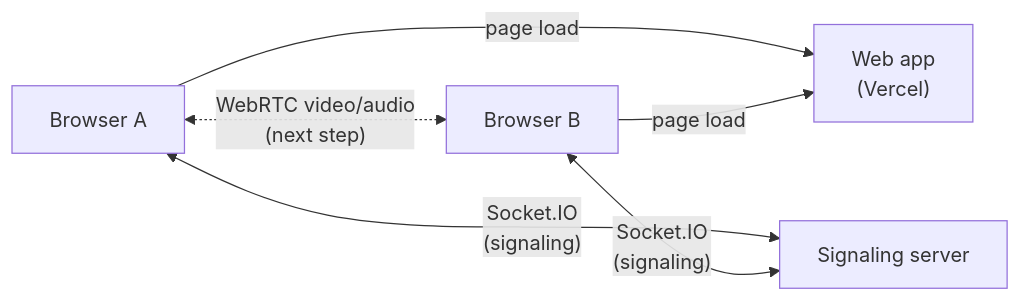
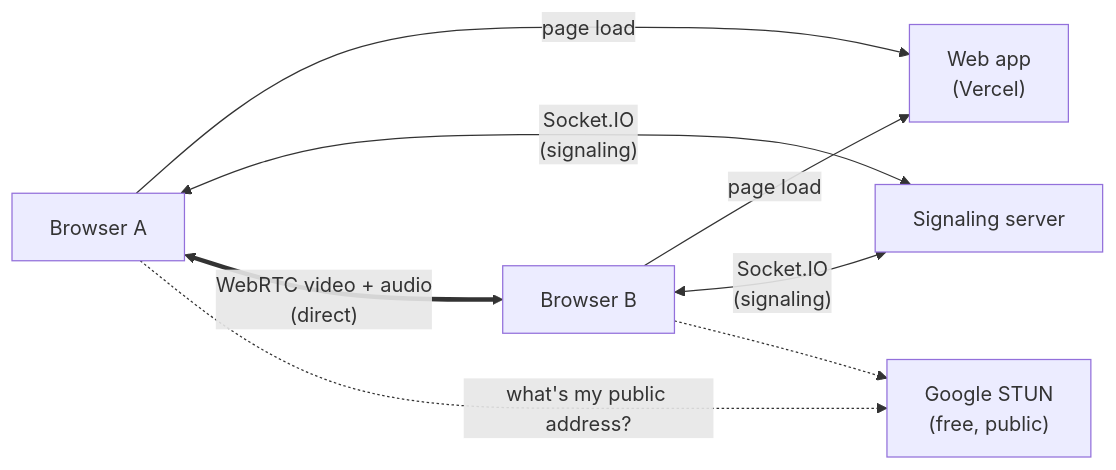
Before and after one commit to mr-dev-prince/vidbase: the second of 10 diagrams in docs/ARCHITECTURE.md, drawn with Mermaid. The commit also changed other lines of this file and 17 other files, not shown here.

````diff
--- a/docs/ARCHITECTURE.md
+++ b/docs/ARCHITECTURE.md
@@ -43,8 +43,10 @@
 ```mermaid
 flowchart LR
   A["Browser A"] -- "page load" --> W["Web app<br/>(Vercel)"]
   B["Browser B"] -- "page load" --> W
   A <-- "Socket.IO<br/>(signaling)" --> S["Signaling server"]
   B <-- "Socket.IO<br/>(signaling)" --> S
-  A <-. "WebRTC video/audio<br/>(next step)" .-> B
+  A <== "WebRTC video + audio<br/>(direct)" ==> B
+  A -. "what's my public address?" .-> STUN["Google STUN<br/>(free, public)"]
+  B -.-> STUN
 ```
````
